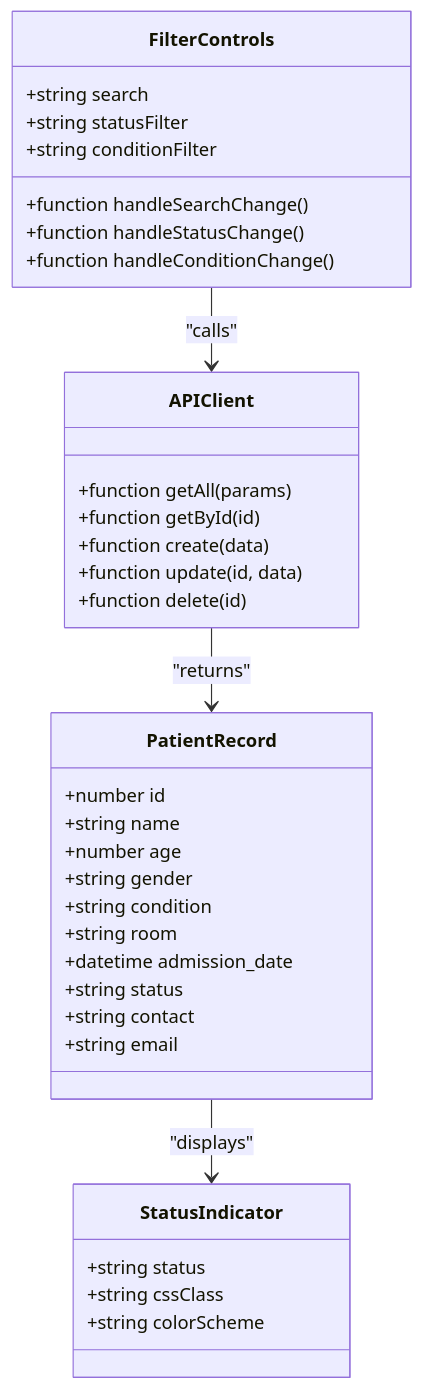
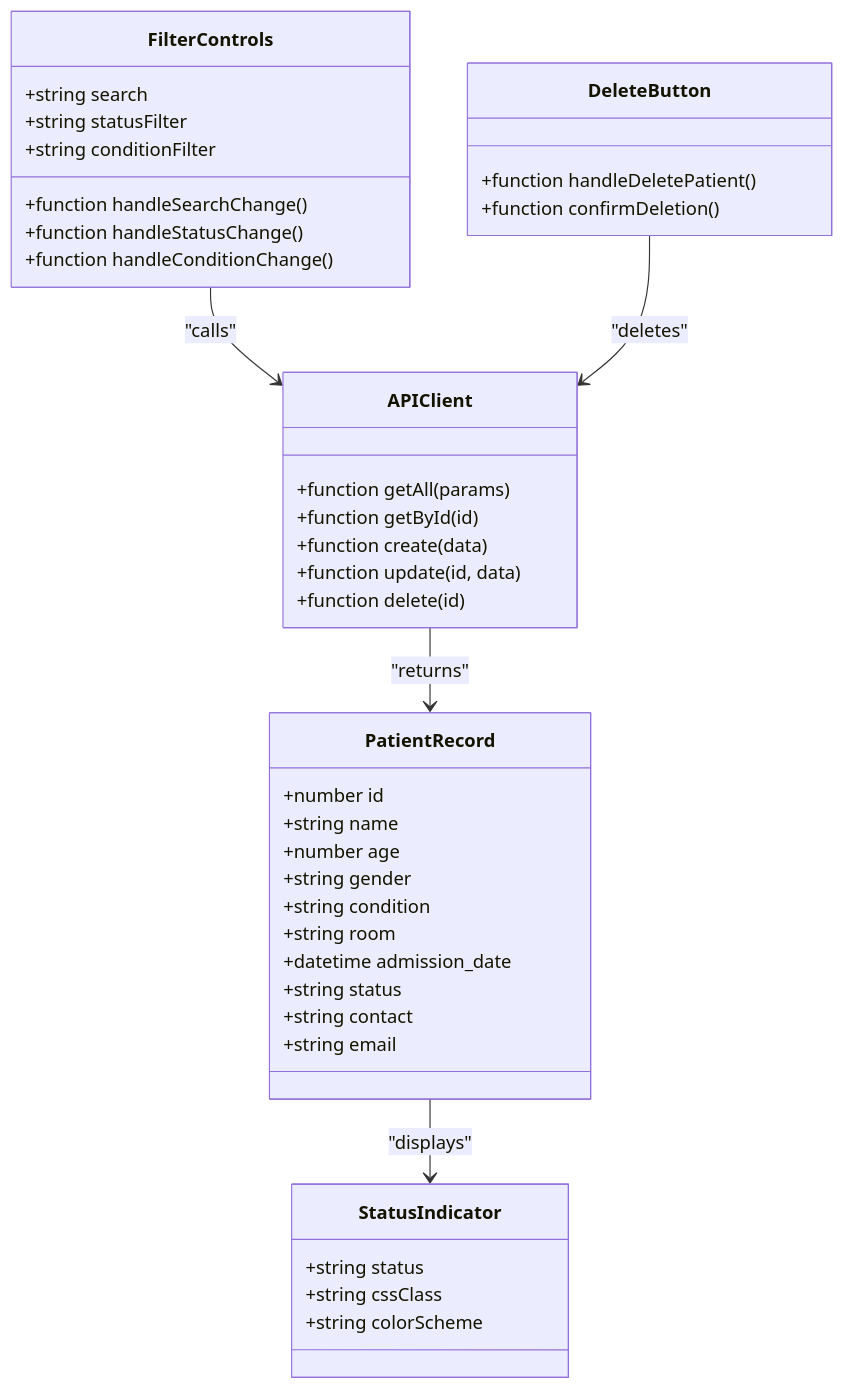
Before and after one commit to kasliwalsarthak7972/smart-healthcare-dashboard: the fourth of 9 diagrams in .qoder/repowiki/en/content/Frontend Component Architecture/Patients Component.md, drawn with Mermaid. The commit also changed other lines of this file and 7 other files, not shown here.

````diff
--- a/.qoder/repowiki/en/content/Frontend Component Architecture/Patients Component.md
+++ b/.qoder/repowiki/en/content/Frontend Component Architecture/Patients Component.md
@@ -137,38 +159,43 @@
 ```mermaid
 classDiagram
 class PatientRecord {
 +number id
 +string name
 +number age
 +string gender
 +string condition
 +string room
 +datetime admission_date
 +string status
 +string contact
 +string email
 }
 class StatusIndicator {
 +string status
 +string cssClass
 +string colorScheme
 }
 class FilterControls {
 +string search
 +string statusFilter
 +string conditionFilter
 +function handleSearchChange()
 +function handleStatusChange()
 +function handleConditionChange()
 }
 class APIClient {
 +function getAll(params)
 +function getById(id)
 +function create(data)
 +function update(id, data)
 +function delete(id)
 }
+class DeleteButton {
++function handleDeletePatient()
++function confirmDeletion()
+}
 PatientRecord --> StatusIndicator : "displays"
 FilterControls --> APIClient : "calls"
 APIClient --> PatientRecord : "returns"
+DeleteButton --> APIClient : "deletes"
 ```
````
